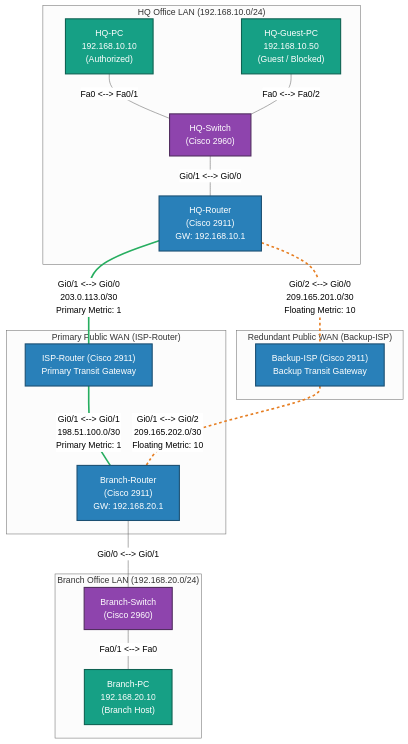
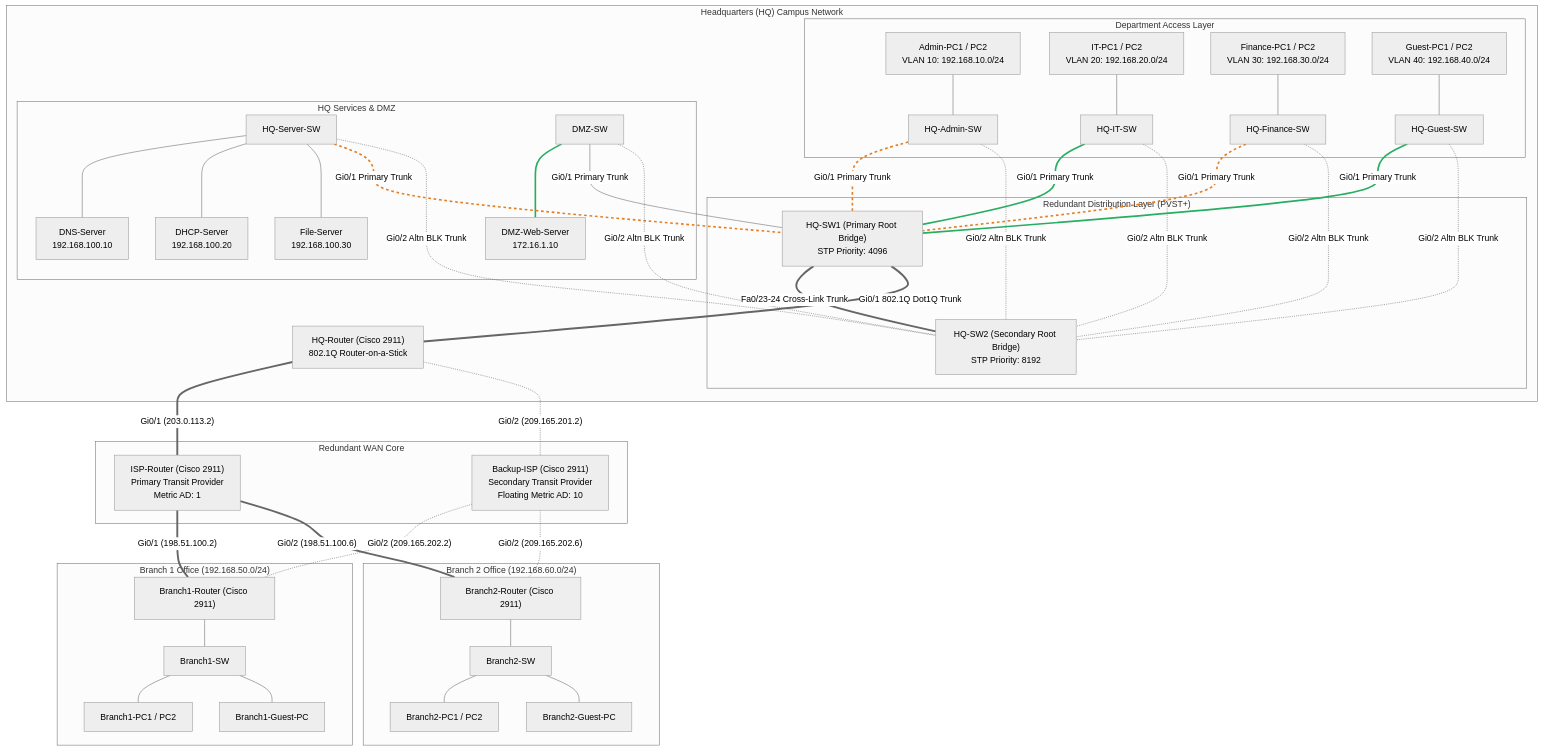
One commit to ZeroTrace7/Internet-Cafe-Network-Design changed the diagram in README.md. Above: the diagram before and after it, drawn with Mermaid (neutral theme). The commit also changed other lines of this file and 50 other files, not shown here.

````diff
--- a/README.md
+++ b/README.md
@@ -41,38 +65,62 @@
 ```mermaid
 graph TD
-    subgraph HQ_LAN ["HQ Office LAN (192.168.10.0/24)"]
-        HQ_PC["HQ-PC<br/>192.168.10.10<br/>(Authorized)"] ---|Fa0 <--> Fa0/1| HQ_SW["HQ-Switch<br/>(Cisco 2960)"]
-        HQ_GUEST["HQ-Guest-PC<br/>192.168.10.50<br/>(Guest / Blocked)"] ---|Fa0 <--> Fa0/2| HQ_SW
-        HQ_SW ---|Gi0/1 <--> Gi0/0| HQ_R["HQ-Router<br/>(Cisco 2911)<br/>GW: 192.168.10.1"]
+    subgraph HQ_CAMPUS ["Headquarters (HQ) Campus Network"]
+        subgraph HQ_DEPARTMENTS ["Department Access Layer"]
+            ADMIN_PC["Admin-PC1 / PC2<br/>VLAN 10: 192.168.10.0/24"] --- SW_ADMIN["HQ-Admin-SW"]
+            IT_PC["IT-PC1 / PC2<br/>VLAN 20: 192.168.20.0/24"] --- SW_IT["HQ-IT-SW"]
+            FIN_PC["Finance-PC1 / PC2<br/>VLAN 30: 192.168.30.0/24"] --- SW_FIN["HQ-Finance-SW"]
+            GUEST_PC["Guest-PC1 / PC2<br/>VLAN 40: 192.168.40.0/24"] --- SW_GUEST["HQ-Guest-SW"]
+        end
+
+        subgraph HQ_DISTRIBUTION ["Redundant Distribution Layer (PVST+)"]
+            HQ_SW1["HQ-SW1 (Primary Root Bridge)<br/>STP Priority: 4096"]
+            HQ_SW2["HQ-SW2 (Secondary Root Bridge)<br/>STP Priority: 8192"]
+            HQ_SW1 ===|Fa0/23-24 Cross-Link Trunk| HQ_SW2
+        end
+
+        subgraph HQ_SERVICES ["HQ Services & DMZ"]
+            SW_SERVER["HQ-Server-SW"] --- DNS["DNS-Server<br/>192.168.100.10"]
+            SW_SERVER --- DHCP["DHCP-Server<br/>192.168.100.20"]
+            SW_SERVER --- FILE["File-Server<br/>192.168.100.30"]
+            SW_DMZ["DMZ-SW"] --- WEB["DMZ-Web-Server<br/>172.16.1.10"]
+        end
+
+        SW_ADMIN & SW_IT & SW_FIN & SW_GUEST & SW_SERVER & SW_DMZ ---|Gi0/1 Primary Trunk| HQ_SW1
+        SW_ADMIN & SW_IT & SW_FIN & SW_GUEST & SW_SERVER & SW_DMZ -.-|Gi0/2 Altn BLK Trunk| HQ_SW2
+
+        HQ_R["HQ-Router (Cisco 2911)<br/>802.1Q Router-on-a-Stick"]
+        HQ_SW1 ===|Gi0/1 802.1Q Dot1Q Trunk| HQ_R
     end
 
-    subgraph WAN_PRIMARY ["Primary Public WAN (ISP-Router)"]
-        ISP_PRI["ISP-Router (Cisco 2911)<br/>Primary Transit Gateway"]
-        HQ_R ===|"Gi0/1 <--> Gi0/0<br/>203.0.113.0/30<br/>Primary Metric: 1"| ISP_PRI
-        ISP_PRI ===|"Gi0/1 <--> Gi0/1<br/>198.51.100.0/30<br/>Primary Metric: 1"| BR_R["Branch-Router<br/>(Cisco 2911)<br/>GW: 192.168.20.1"]
+    subgraph WAN_CORE ["Redundant WAN Core"]
+        ISP_PRI["ISP-Router (Cisco 2911)<br/>Primary Transit Provider<br/>Metric AD: 1"]
+        ISP_BAK["Backup-ISP (Cisco 2911)<br/>Secondary Transit Provider<br/>Floating Metric AD: 10"]
+        HQ_R ===|"Gi0/1 (203.0.113.2)"| ISP_PRI
+        HQ_R -.-|"Gi0/2 (209.165.201.2)"| ISP_BAK
     end
 
-    subgraph WAN_BACKUP ["Redundant Public WAN (Backup-ISP)"]
-        ISP_BAK["Backup-ISP (Cisco 2911)<br/>Backup Transit Gateway"]
-        HQ_R -.-|"Gi0/2 <--> Gi0/0<br/>209.165.201.0/30<br/>Floating Metric: 10"| ISP_BAK
-        ISP_BAK -.-|"Gi0/1 <--> Gi0/2<br/>209.165.202.0/30<br/>Floating Metric: 10"| BR_R
+    subgraph BRANCH1 ["Branch 1 Office (192.168.50.0/24)"]
+        B1_R["Branch1-Router (Cisco 2911)"]
+        B1_SW["Branch1-SW"] --- B1_PC["Branch1-PC1 / PC2"]
+        B1_SW --- B1_GUEST["Branch1-Guest-PC"]
+        B1_R --- B1_SW
+        ISP_PRI ===|"Gi0/1 (198.51.100.2)"| B1_R
+        ISP_BAK -.-|"Gi0/2 (209.165.202.2)"| B1_R
     end
 
-    subgraph BRANCH_LAN ["Branch Office LAN (192.168.20.0/24)"]
-        BR_R ---|Gi0/0 <--> Gi0/1| BR_SW["Branch-Switch<br/>(Cisco 2960)"]
-        BR_SW ---|Fa0/1 <--> Fa0| BR_PC["Branch-PC<br/>192.168.20.10<br/>(Branch Host)"]
+    subgraph BRANCH2 ["Branch 2 Office (192.168.60.0/24)"]
+        B2_R["Branch2-Router (Cisco 2911)"]
+        B2_SW["Branch2-SW"] --- B2_PC["Branch2-PC1 / PC2"]
+        B2_SW --- B2_GUEST["Branch2-Guest-PC"]
+        B2_R --- B2_SW
+        ISP_PRI ===|"Gi0/2 (198.51.100.6)"| B2_R
+        ISP_BAK -.-|"Gi0/2 (209.165.202.6)"| B2_R
     end
 
-    linkStyle 3 stroke:#27ae60,stroke-width:3px;
-    linkStyle 4 stroke:#27ae60,stroke-width:3px;
-    linkStyle 5 stroke:#e67e22,stroke-width:3px,stroke-dasharray: 5 5;
-    linkStyle 6 stroke:#e67e22,stroke-width:3px,stroke-dasharray: 5 5;
-
-    classDef router fill:#2980b9,stroke:#1b4f72,stroke-width:2px,color:#fff;
-    classDef switch fill:#8e44ad,stroke:#512e5f,stroke-width:2px,color:#fff;
-    classDef pc fill:#16a085,stroke:#0e6252,stroke-width:2px,color:#fff;
-
-    class HQ_R,BR_R,ISP_PRI,ISP_BAK router;
-    class HQ_SW,BR_SW switch;
-    class HQ_PC,HQ_GUEST,BR_PC pc;
+    linkStyle 8 stroke:#27ae60,stroke-width:3px;
+    linkStyle 9 stroke:#e67e22,stroke-width:3px,stroke-dasharray: 5 5;
+    linkStyle 10 stroke:#27ae60,stroke-width:3px;
+    linkStyle 11 stroke:#e67e22,stroke-width:3px,stroke-dasharray: 5 5;
+    linkStyle 12 stroke:#27ae60,stroke-width:3px;
+    linkStyle 13 stroke:#e67e22,stroke-width:3px,stroke-dasharray: 5 5;
 ```
````
